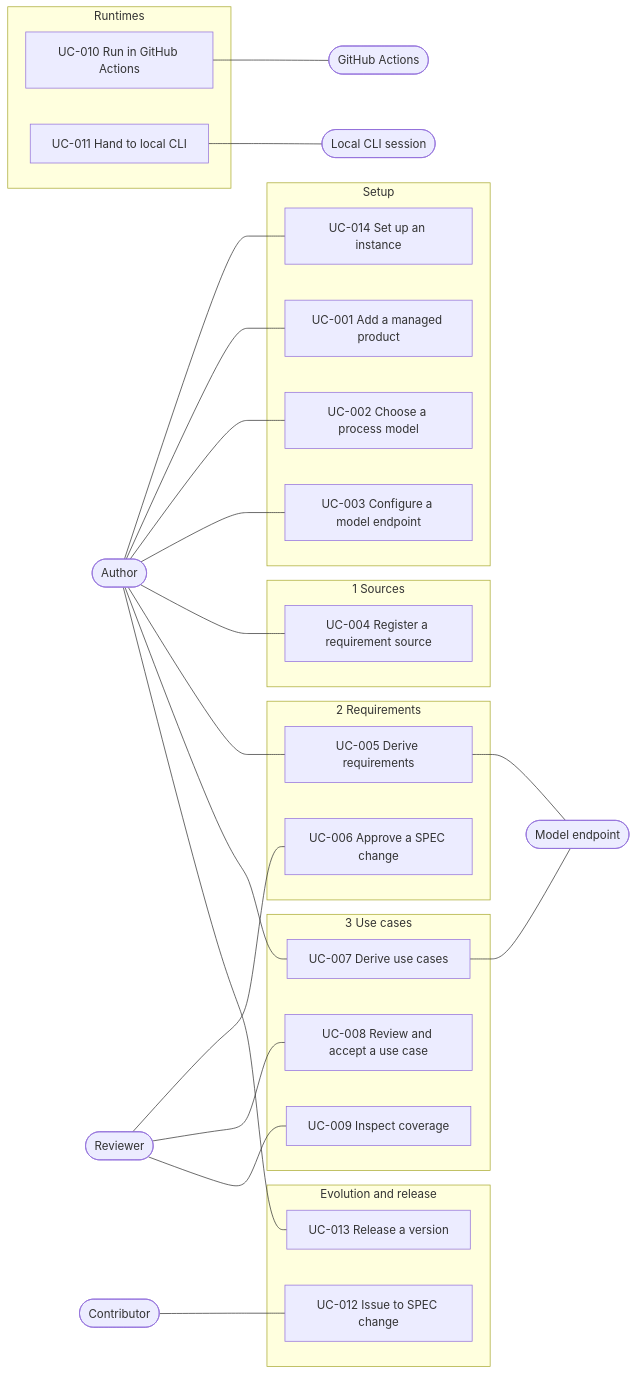
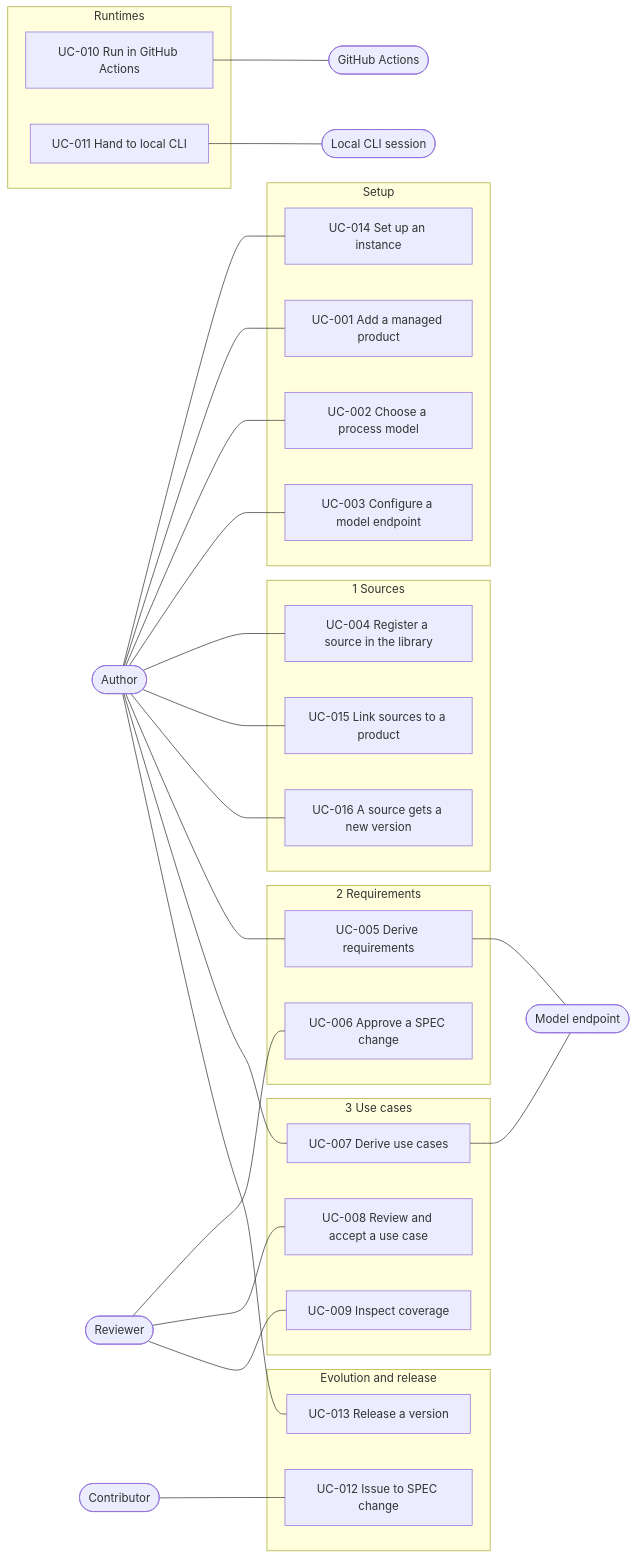
Before and after one commit to akmaier/agent-m: the diagram in docs/use-cases/README.md, drawn with Mermaid. The commit also changed 4 other files, not shown here.

First line of the commit message:
docs(use-cases): library of requirement sources in the instance; links in the product

````diff
--- a/docs/use-cases/README.md
+++ b/docs/use-cases/README.md
@@ -10,43 +10,45 @@
 ```mermaid
 flowchart LR
     Author([Author])
     Reviewer([Reviewer])
     Contributor([Contributor])
     Endpoint([Model endpoint])
     Actions([GitHub Actions])
     CLI([Local CLI session])
 
     subgraph setup [Setup]
         UC001[UC-001 Add a managed product]
         UC002[UC-002 Choose a process model]
         UC003[UC-003 Configure a model endpoint]
         UC014[UC-014 Set up an instance]
     end
     subgraph s1 [1 Sources]
-        UC004[UC-004 Register a requirement source]
+        UC004[UC-004 Register a source in the library]
+        UC015[UC-015 Link sources to a product]
+        UC016[UC-016 A source gets a new version]
     end
     subgraph s2 [2 Requirements]
         UC005[UC-005 Derive requirements]
         UC006[UC-006 Approve a SPEC change]
     end
     subgraph s3 [3 Use cases]
         UC007[UC-007 Derive use cases]
         UC008[UC-008 Review and accept a use case]
         UC009[UC-009 Inspect coverage]
     end
     subgraph rt [Runtimes]
         UC010[UC-010 Run in GitHub Actions]
         UC011[UC-011 Hand to local CLI]
     end
     subgraph evo [Evolution and release]
         UC012[UC-012 Issue to SPEC change]
         UC013[UC-013 Release a version]
     end
 
-    Author --- UC014 & UC001 & UC002 & UC003 & UC004 & UC005 & UC007 & UC013
+    Author --- UC014 & UC001 & UC002 & UC003 & UC004 & UC015 & UC016 & UC005 & UC007 & UC013
     Reviewer --- UC006 & UC008 & UC009
     Contributor --- UC012
     UC005 & UC007 --- Endpoint
     UC010 --- Actions
     UC011 --- CLI
 ```
````
